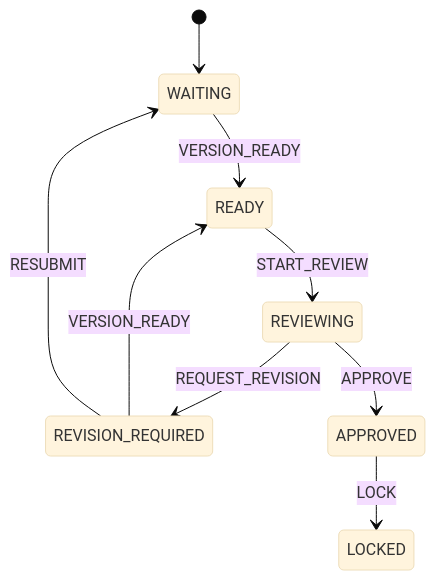
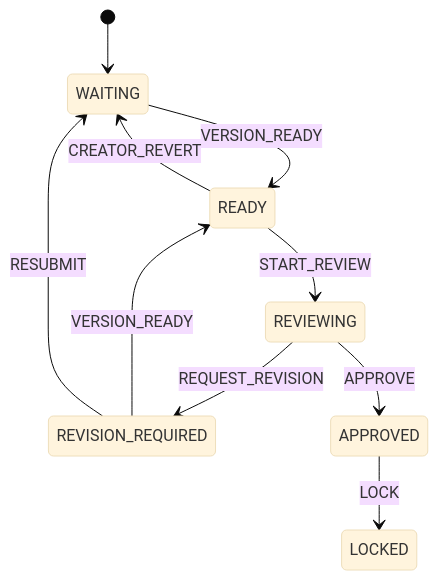
One commit to VINCISGAO/studioOS changed the second of 3 diagrams in docs/architecture/state-machine.md. Above: the diagram before and after it, drawn with Mermaid (base theme). The commit also changed other lines of this file and 170 other files, not shown here.

````diff
--- a/docs/architecture/state-machine.md
+++ b/docs/architecture/state-machine.md
@@ -43,11 +44,12 @@
 ```mermaid
 stateDiagram-v2
   [*] --> WAITING
   WAITING --> READY: VERSION_READY
   REVISION_REQUIRED --> READY: VERSION_READY
   READY --> REVIEWING: START_REVIEW
   REVIEWING --> REVISION_REQUIRED: REQUEST_REVISION
   REVISION_REQUIRED --> WAITING: RESUBMIT
+  READY --> WAITING: CREATOR_REVERT
   REVIEWING --> APPROVED: APPROVE
   APPROVED --> LOCKED: LOCK
 ```
````
